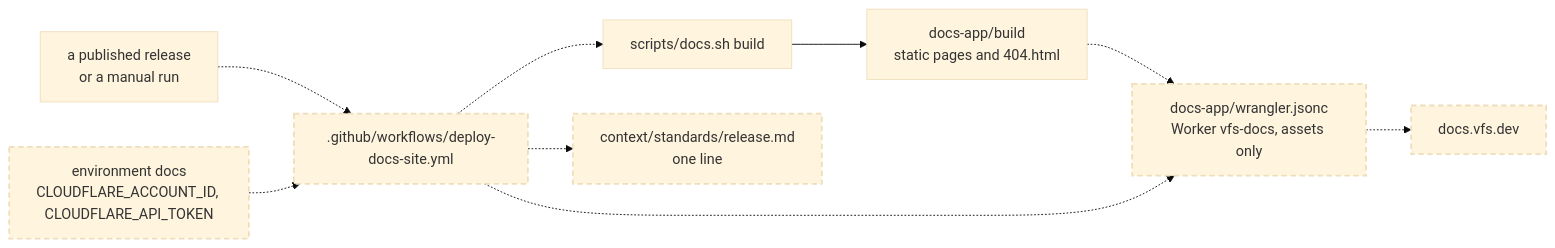
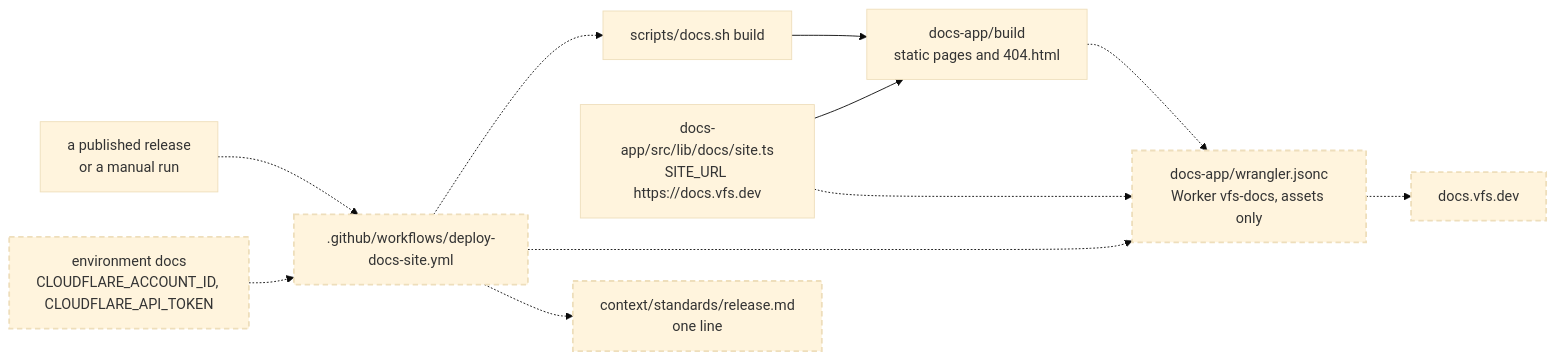
The diagram in context/specifications/active/2026-11-14-a-release-or-a-manual-run-deploys-the-docs-from-this-repository-to-docs-vfs-dev.md (ClayGendron/vfs), drawn with Mermaid (base theme) before and after one commit. The commit also changed other lines of this file and 29 other files, not shown here.

````diff
--- a/context/specifications/active/2026-11-14-a-release-or-a-manual-run-deploys-the-docs-from-this-repository-to-docs-vfs-dev.md
+++ b/context/specifications/active/2026-11-14-a-release-or-a-manual-run-deploys-the-docs-from-this-repository-to-docs-vfs-dev.md
@@ -19,21 +19,24 @@
 ```mermaid
 flowchart LR
   classDef planned stroke-dasharray: 6 4,stroke-width:2px;
   SH["scripts/docs.sh build"]
+  SITE["docs-app/src/lib/docs/site.ts<br/>SITE_URL https://docs.vfs.dev"]
   BUILD["docs-app/build<br/>static pages and 404.html"]
   REL["a published release<br/>or a manual run"]
   DEPLOY[".github/workflows/deploy-docs-site.yml"]
   ENV["environment docs<br/>CLOUDFLARE_ACCOUNT_ID, CLOUDFLARE_API_TOKEN"]
   WR["docs-app/wrangler.jsonc<br/>Worker vfs-docs, assets only"]
   HOST["docs.vfs.dev"]
   STD["context/standards/release.md<br/>one line"]
   SH --> BUILD
+  SITE --> BUILD
+  SITE -.-> WR
   REL -.-> DEPLOY
   DEPLOY -.-> SH
   ENV -.-> DEPLOY
   BUILD -.-> WR
   DEPLOY -.-> WR
   WR -.-> HOST
   DEPLOY -.-> STD
   class DEPLOY,ENV,WR,HOST,STD planned
 ```
````
